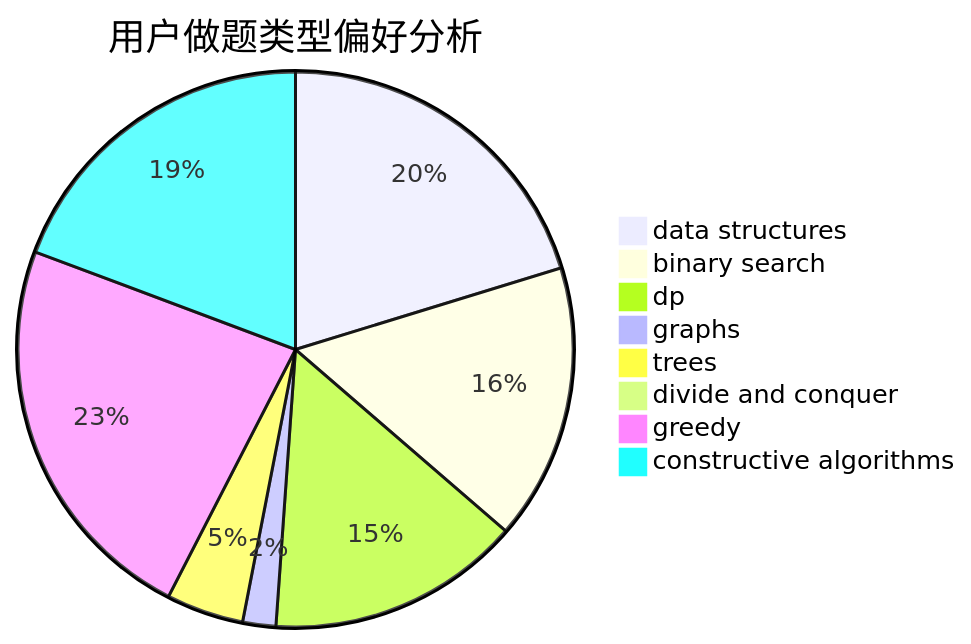
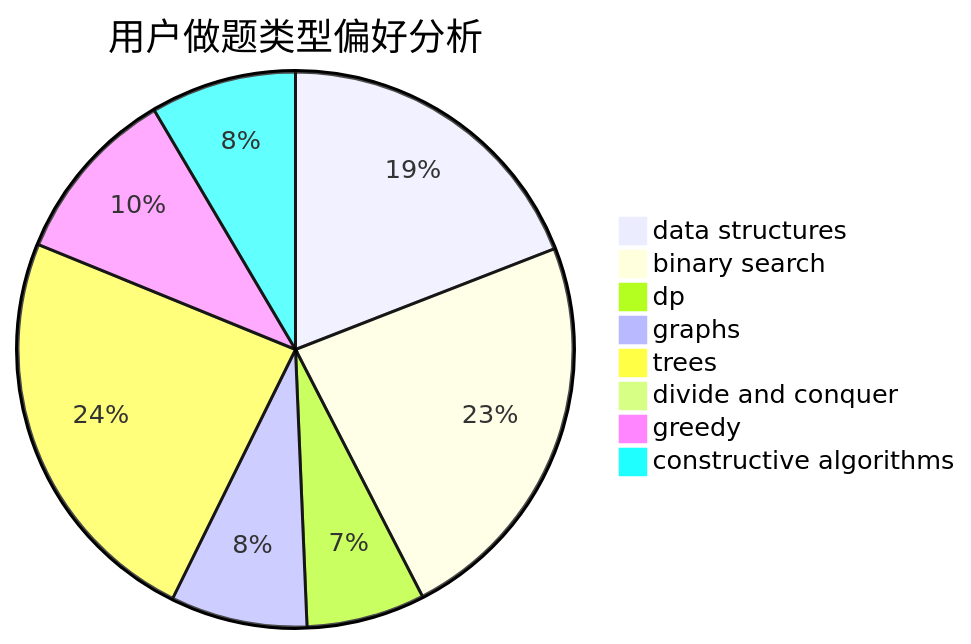
One commit to sherpahu/cfrs.github.io changed the second of 3 diagrams in docs/user/u1701.md. Above: the diagram before and after it, drawn with Mermaid. The commit also changed other lines of this file and 2770 other files, not shown here.

````diff
--- a/docs/user/u1701.md
+++ b/docs/user/u1701.md
@@ -23,11 +23,11 @@
 ```mermaid
 pie title 用户做题类型偏好分析
-    "data structures" :  63
-    "binary search" :  50
-    "dp" :  46
-    "graphs" :  6
-    "trees" :  14
-    "divide and conquer" :  0
-    "greedy" :  72
-    "constructive algorithms" :  60
+    "data structures" :  72
+    "binary search" :  88
+    "dp" :  26
+    "graphs" :  30
+    "trees" :  90
+    "divide and conquer" :  1
+    "greedy" :  39
+    "constructive algorithms" :  32
 ```
````
